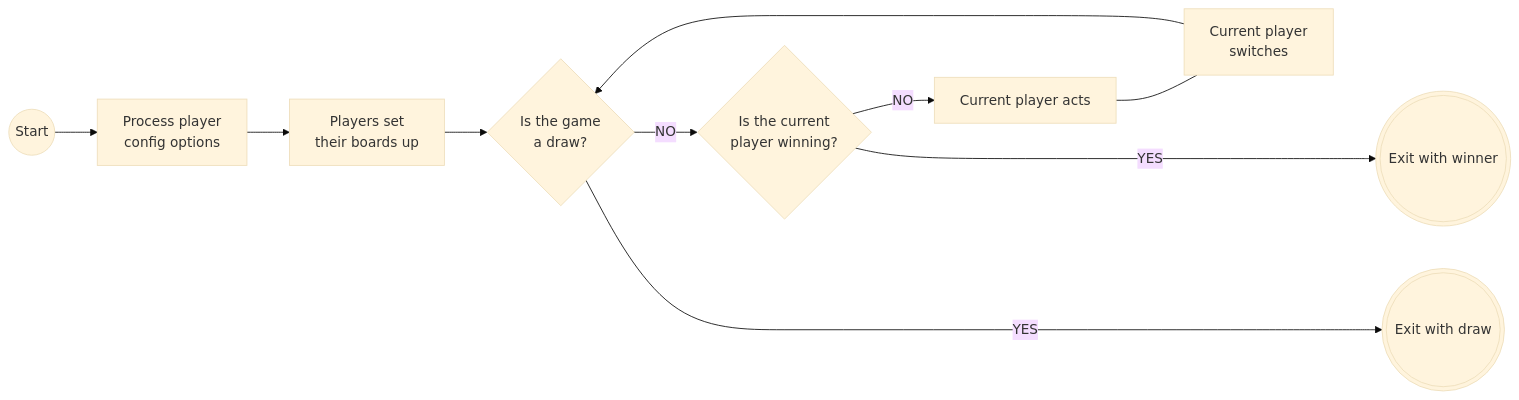
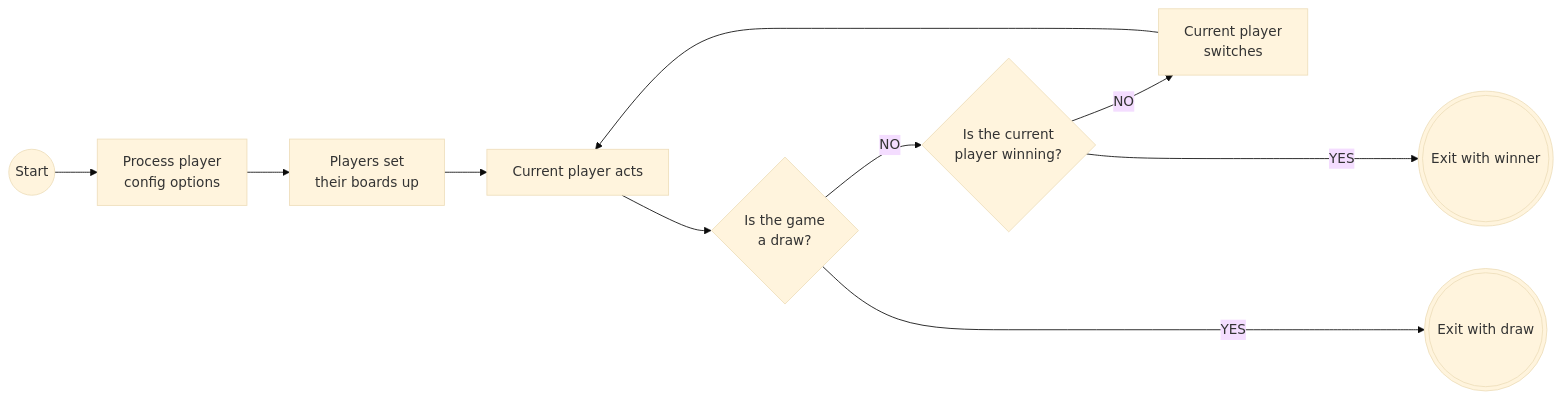
The first of 4 diagrams in README.md (Tomocza/cpp-stratego), drawn with Mermaid (base theme) before and after one commit.

Commit message:
fix logic error in top level graph

````diff
--- a/README.md
+++ b/README.md
@@ -8,29 +8,29 @@
 ```mermaid
 
 flowchart LR
 START(("Start"))
 playerConfig["Process player 
               config options"]
 boardSetup["Players set 
             their boards up"]
 isDraw{"Is the game 
         a draw?"}
 isPlayerWin{"Is the current
             player winning?"}
 playerActs["Current player acts"]
 playerSwitch["Current player
               switches"]
 END0((("Exit with winner")))
 END1((("Exit with draw")))
 
 START --> playerConfig
 playerConfig --> boardSetup
-boardSetup --> isDraw
+boardSetup --> playerActs
+playerActs --> isDraw
 isDraw -- NO --> isPlayerWin
 isDraw -- YES -----> END1
-isPlayerWin -- NO --> playerActs
+isPlayerWin -- NO --> playerSwitch
 isPlayerWin -- YES ----> END0
-playerActs --- playerSwitch
-playerSwitch --> isDraw
+playerSwitch --> playerActs
 
 ```
````
